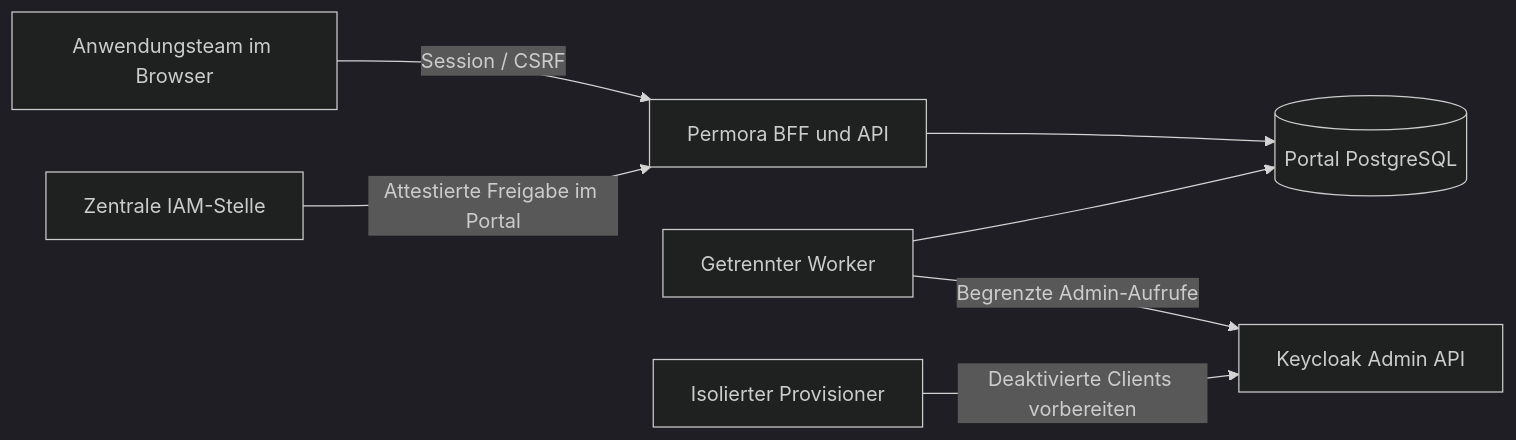
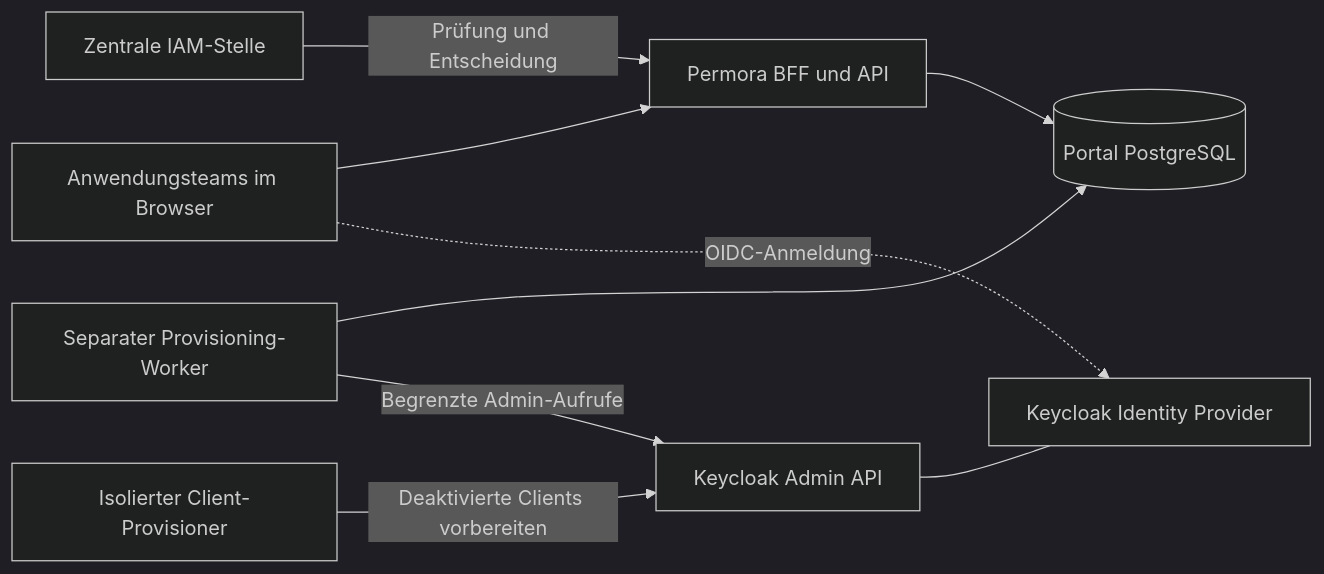
The diagram in README.de.md (Cenn0/Permora), drawn with Mermaid (dark theme) before and after one commit. The commit also changed other lines of this file and 1 other file, not shown here.

First line of the commit message:
docs: refresh bilingual README and architecture overview (#53)

````diff
--- a/README.de.md
+++ b/README.de.md
@@ -49,9 +49,11 @@
 ```mermaid
 flowchart LR
-  T[Anwendungsteam im Browser] -->|Session / CSRF| A[Permora BFF und API]
-  A --> P[(Portal PostgreSQL)]
-  W[Getrennter Worker] --> P
-  W -->|Begrenzte Admin-Aufrufe| K[Keycloak Admin API]
-  I[Zentrale IAM-Stelle] -->|Attestierte Freigabe im Portal| A
-  Z[Isolierter Provisioner] -->|Deaktivierte Clients vorbereiten| K
+  Browser["Anwendungsteams im Browser"] --> BFF["Permora BFF und API"]
+  Browser -. "OIDC-Anmeldung" .-> IdP["Keycloak Identity Provider"]
+  BFF --> DB[("Portal PostgreSQL")]
+  Worker["Separater Provisioning-Worker"] --> DB
+  Worker -->|"Begrenzte Admin-Aufrufe"| KC["Keycloak Admin API"]
+  IAM["Zentrale IAM-Stelle"] -->|"Prüfung und Entscheidung"| BFF
+  Provisioner["Isolierter Client-Provisioner"] -->|"Deaktivierte Clients vorbereiten"| KC
+  KC --- IdP
 ```
````
